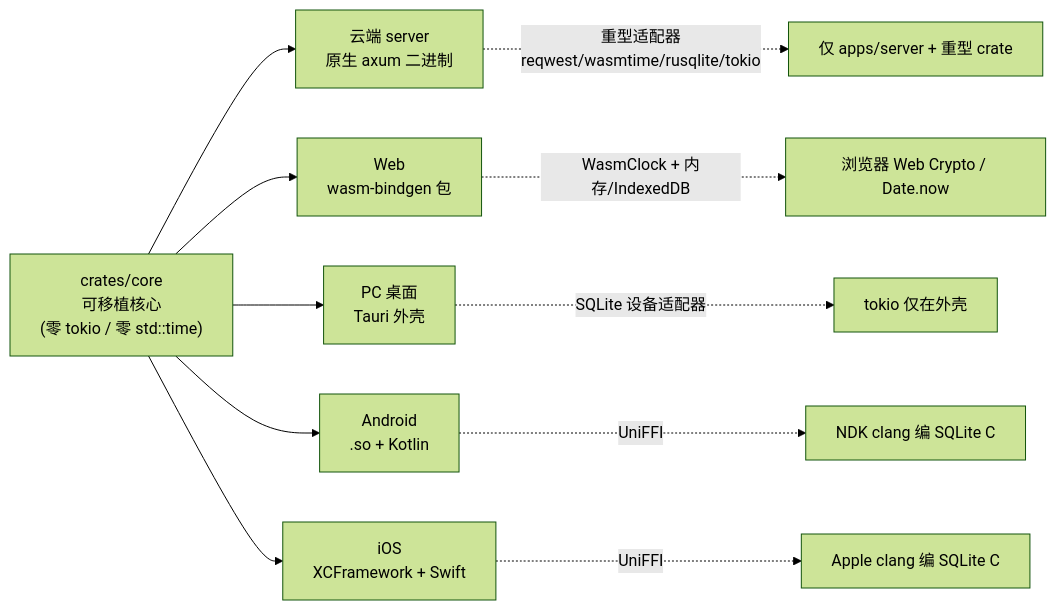
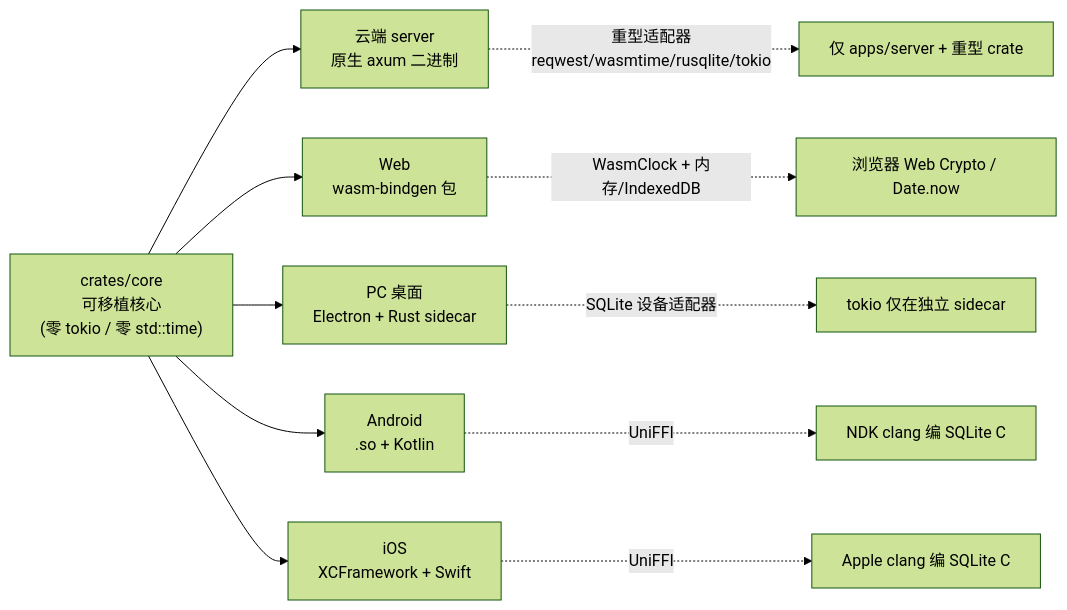
One commit to s1366560/agi-demos changed the diagram in agi-stack/docs/architecture/09-shipping-matrix.md. Above: the diagram before and after it, drawn with Mermaid (forest theme). The commit also changed other lines of this file and 150 other files, not shown here.

Commit message:
feat(desktop): replace Tauri with Electron sidecar

````diff
--- a/agi-stack/docs/architecture/09-shipping-matrix.md
+++ b/agi-stack/docs/architecture/09-shipping-matrix.md
@@ -18,15 +18,15 @@
 ```mermaid
 flowchart LR
     CORE["crates/core<br/>可移植核心<br/>(零 tokio / 零 std::time)"]
     CORE --> SRV["云端 server<br/>原生 axum 二进制"]
     CORE --> WEB["Web<br/>wasm-bindgen 包"]
-    CORE --> PC["PC 桌面<br/>Tauri 外壳"]
+    CORE --> PC["PC 桌面<br/>Electron + Rust sidecar"]
     CORE --> AND["Android<br/>.so + Kotlin"]
     CORE --> IOS["iOS<br/>XCFramework + Swift"]
 
     SRV -. "重型适配器<br/>reqwest/wasmtime/rusqlite/tokio" .-> SRVA["仅 apps/server + 重型 crate"]
     WEB -. "WasmClock + 内存/IndexedDB" .-> WEBA["浏览器 Web Crypto / Date.now"]
-    PC -. "SQLite 设备适配器" .-> PCA["tokio 仅在外壳"]
+    PC -. "SQLite 设备适配器" .-> PCA["tokio 仅在独立 sidecar"]
     AND -. "UniFFI" .-> ANDA["NDK clang 编 SQLite C"]
     IOS -. "UniFFI" .-> IOSA["Apple clang 编 SQLite C"]
 ```
````
